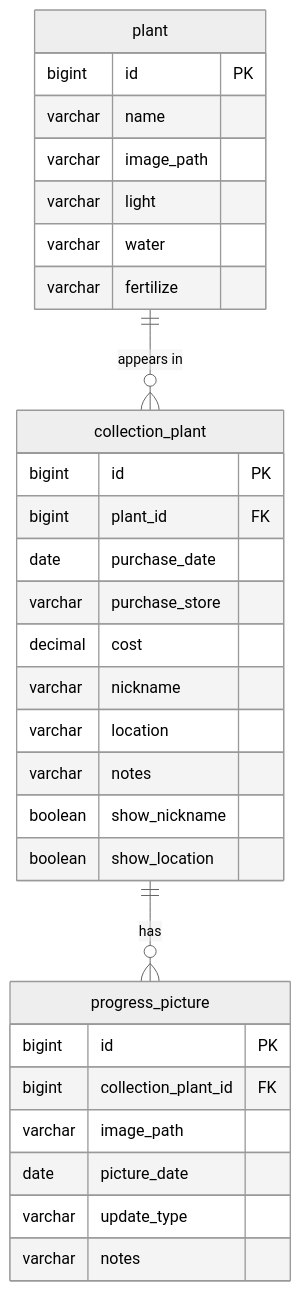
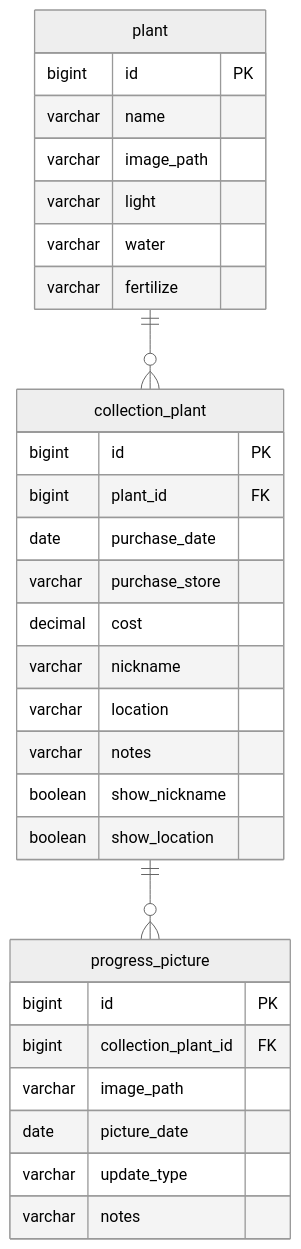
The diagram in README.md (tiff-m-tech/plant-thyme-full-stack), drawn with Mermaid (neutral theme) before and after one commit. The commit also changed other lines of this file and 6 other files, not shown here.

````diff
--- a/README.md
+++ b/README.md
@@ -241,36 +280,36 @@
 ```mermaid
 erDiagram
-    plant ||--o{ collection_plant : "appears in"
-    collection_plant ||--o{ progress_picture : "has"
+    plant ||--o{ collection_plant : ""
+    collection_plant ||--o{ progress_picture : ""
 
     plant {
         bigint id PK
         varchar name
         varchar image_path
         varchar light
         varchar water
         varchar fertilize
     }
 
     collection_plant {
         bigint id PK
         bigint plant_id FK
         date purchase_date
         varchar purchase_store
         decimal cost
         varchar nickname
         varchar location
         varchar notes
         boolean show_nickname
         boolean show_location
     }
 
     progress_picture {
         bigint id PK
         bigint collection_plant_id FK
         varchar image_path
         date picture_date
         varchar update_type
         varchar notes
     }
 ```
````
